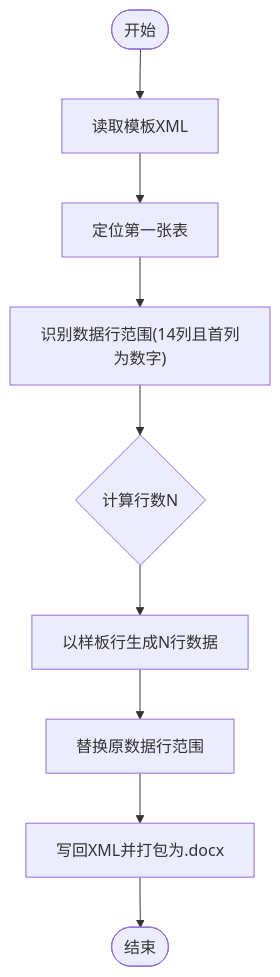
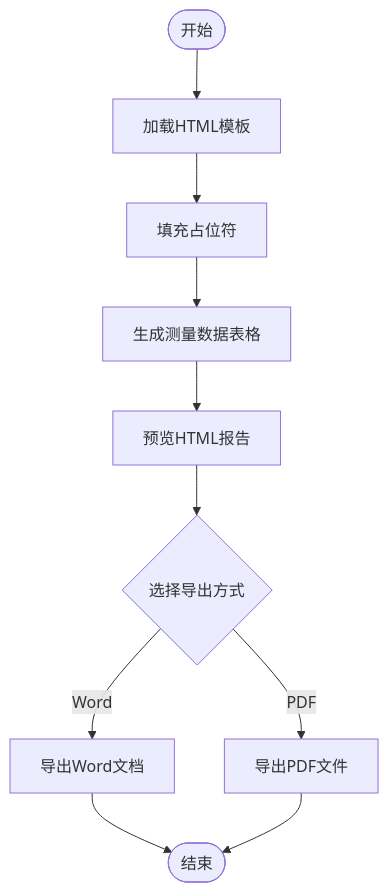
The fourth of 5 diagrams in .qoder/repowiki/zh/content/用户手册/报告生成与管理/导出格式支持.md (yangreest/Zero-value-Insulator-Robot-V2), drawn with Mermaid before and after one commit. The commit also changed other lines of this file and 22 other files, not shown here.

````diff
--- a/.qoder/repowiki/zh/content/用户手册/报告生成与管理/导出格式支持.md
+++ b/.qoder/repowiki/zh/content/用户手册/报告生成与管理/导出格式支持.md
@@ -145,11 +187,12 @@
 ```mermaid
 flowchart TD
-Start(["开始"]) --> ReadXML["读取模板XML"]
-ReadXML --> FindTable["定位第一张表"]
-FindTable --> LocateData["识别数据行范围(14列且首列为数字)"]
-LocateData --> CalcRows{"计算行数N"}
-CalcRows --> GenRow["以样板行生成N行数据"]
-GenRow --> ReplaceRange["替换原数据行范围"]
-ReplaceRange --> WriteOut["写回XML并打包为.docx"]
-WriteOut --> End(["结束"])
+Start(["开始"]) --> LoadTemplate["加载HTML模板"]
+LoadTemplate --> FillPlaceholders["填充占位符"]
+FillPlaceholders --> GenerateTable["生成测量数据表格"]
+GenerateTable --> Preview["预览HTML报告"]
+Preview --> ExportChoice{"选择导出方式"}
+ExportChoice --> |Word| DocxExport["导出Word文档"]
+ExportChoice --> |PDF| PdfExport["导出PDF文件"]
+DocxExport --> End(["结束"])
+PdfExport --> End
 ```
````
